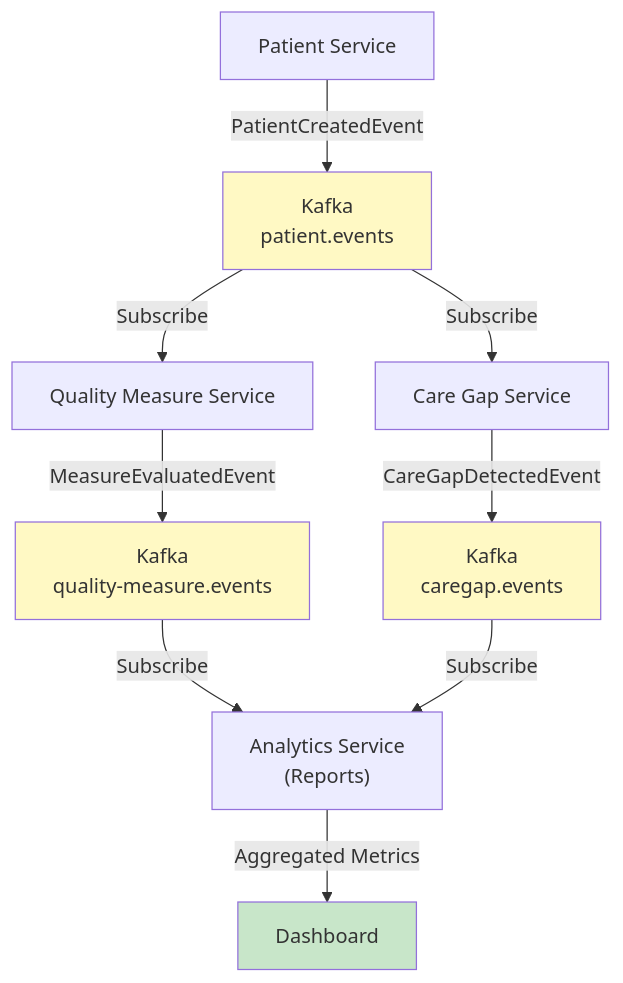
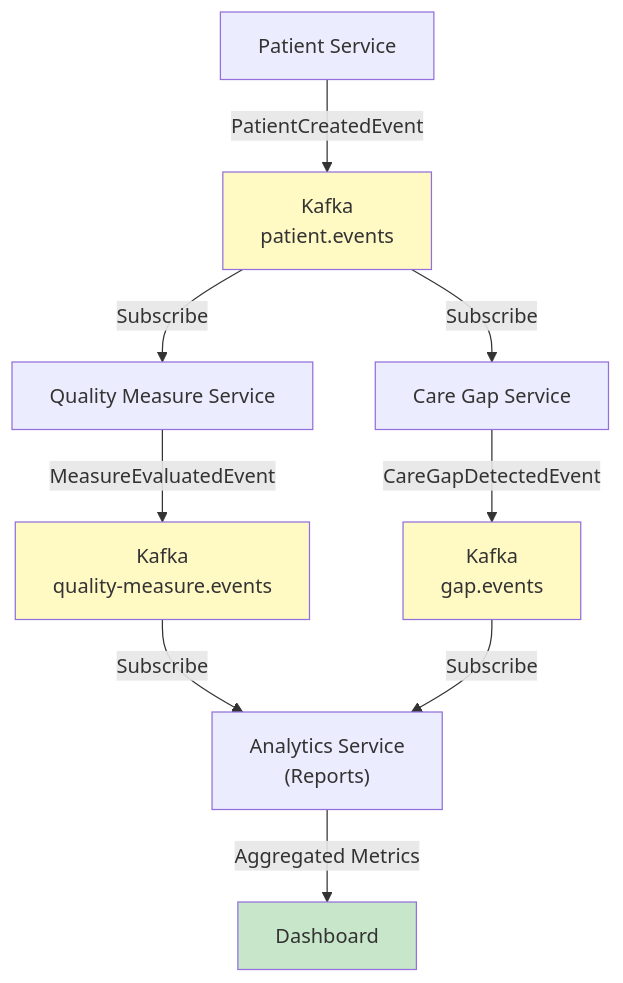
The fifth of 8 diagrams in docs/architecture/diagrams/event-sourcing-dataflow.md (mahoosuc-solutions/hdim), drawn with Mermaid before and after one commit. The commit also changed 20 other files, not shown here.

First line of the commit message:
docs: update architecture, service catalog, runbooks, and release candidate docs

````diff
--- a/docs/architecture/diagrams/event-sourcing-dataflow.md
+++ b/docs/architecture/diagrams/event-sourcing-dataflow.md
@@ -121,19 +121,19 @@
 ```mermaid
 graph TB
     A["Patient Service"] -->|"PatientCreatedEvent"| B["Kafka<br/>patient.events"]
     B -->|"Subscribe"| C["Quality Measure Service"]
     B -->|"Subscribe"| D["Care Gap Service"]
 
     C -->|"MeasureEvaluatedEvent"| E["Kafka<br/>quality-measure.events"]
-    D -->|"CareGapDetectedEvent"| F["Kafka<br/>caregap.events"]
+    D -->|"CareGapDetectedEvent"| F["Kafka<br/>gap.events"]
 
     E -->|"Subscribe"| G["Analytics Service<br/>(Reports)"]
     F -->|"Subscribe"| G
 
     G -->|"Aggregated Metrics"| H["Dashboard"]
 
     style B fill:#fff9c4
     style E fill:#fff9c4
     style F fill:#fff9c4
     style H fill:#c8e6c9
 ```
````
